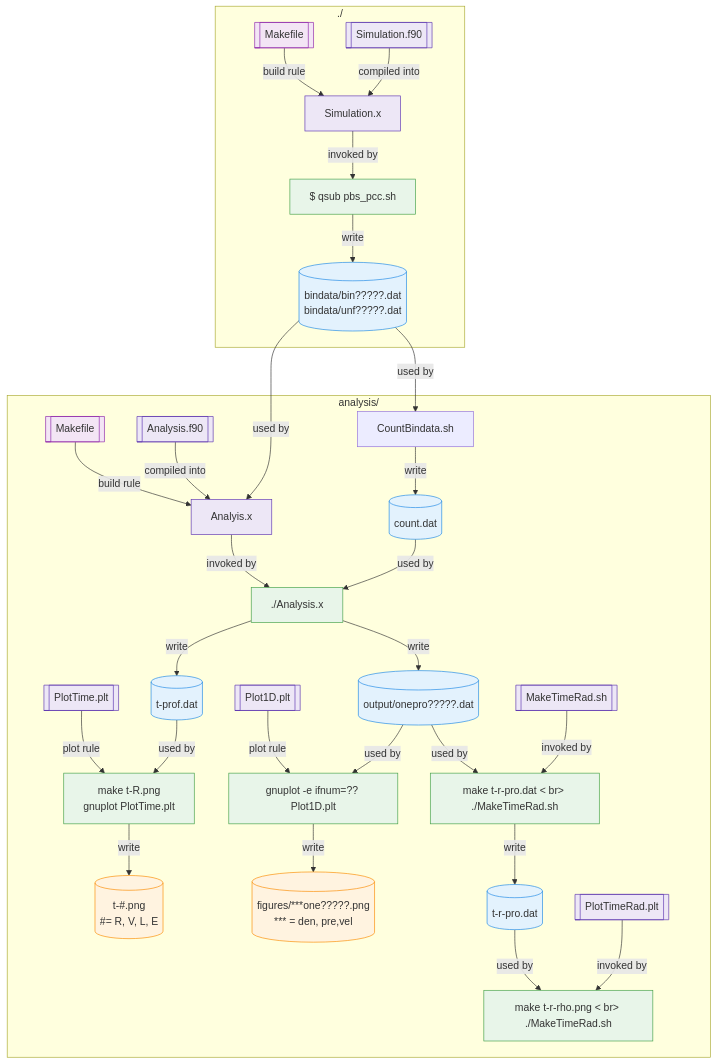
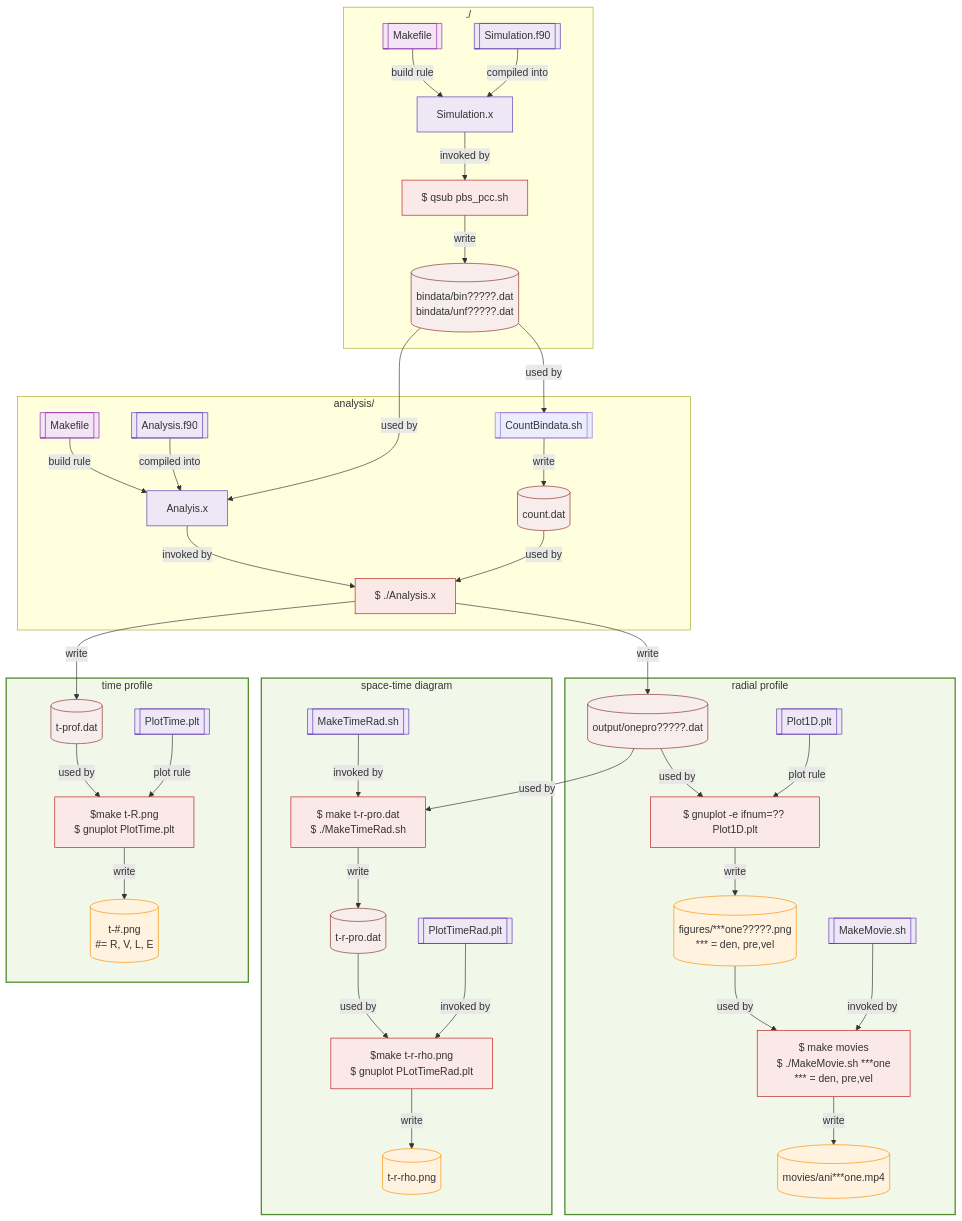
The diagram in HYD1D/README.md (takiwaki/Blastwave), drawn with Mermaid before and after one commit.

````diff
--- a/HYD1D/README.md
+++ b/HYD1D/README.md
@@ -183,9 +183,9 @@
 ```mermaid
 flowchart TD
-  classDef data fill:#e3f2fd,stroke:#1e88e5
+　classDef data fill:#f7eded,stroke:#8e2a2a
   classDef code fill:#ede7f6,stroke:#5e35b1
   classDef build fill:#f3e5f5,stroke:#8e24aa
-  classDef cmd  fill:#e8f5e9,stroke:#43a047
+  classDef cmd fill:#fbe9e7,stroke:#b71c1c
   classDef result fill:#fff3e0,stroke:#fb8c00
   classDef note fill:#fff,stroke:#9e9e9e,stroke-dasharray: 5 5,color:#616161
 
@@ -207,43 +207,62 @@
     B0 -- build rule --> B2
     B1 -- compiled into --> B2
     B2[Analyis.x]:::code
-    B1-1[CountBindata.sh]
+    B1-1[[CountBindata.sh]]
     A4 -- used by --> B1-1
     B1-1 -- write --> B1-2
     B1-2[(count.dat)]:::data
     A4 -- used by --> B2
-    B3["./Analysis.x"]:::cmd
+    B3["$ ./Analysis.x"]:::cmd
     B2 -- invoked by --> B3
     B1-2 -- used by --> B3
+  end
 
-    B5[(t-prof.dat)]:::data
-    B3 -- write --> B5
-    B9[[PlotTime.plt]]:::code
-    B10["make t-R.png <br> gnuplot PlotTime.plt"]:::cmd
-    B9 -- plot rule --> B10
-    B5 -- used by --> B10
-    B10 -- write --> B11
-    B11[(t-#.png <br>  #= R, V, L, E)]:::result
-
+  subgraph Rad["radial profile"]
     B4[(output/onepro?????.dat)]:::data
     B3 -- write --> B4
     B6[[Plot1D.plt]]:::code
     B6 -- plot rule --> B7
-    B7["gnuplot -e ifnum=?? Plot1D.plt"]:::cmd
+    B7["$ gnuplot -e ifnum=?? Plot1D.plt"]:::cmd
     B4 -- used by --> B7
     B8[(figures/***one?????.png <br> *** = den, pre,vel)]:::result
     B7 -- write --> B8
 
+    B18[[MakeMovie.sh]]:::code
+    B19["$ make movies <br>$ ./MakeMovie.sh ***one <br> *** = den, pre,vel"]:::cmd
+    B8 -- used by --> B19
+    B18 -- invoked by --> B19
+    B19 -- write --> B20
+    B20[(movies/ani***one.mp4)]:::result
+   end
+    style Rad fill:#f1f8e9,stroke:#558b2f,stroke-width:2px
+
+  subgraph TimeRad["space-time diagram"]
     B12[[MakeTimeRad.sh]]:::code
-    B13["make t-r-pro.dat < br> ./MakeTimeRad.sh"]:::cmd
+    B13["$ make t-r-pro.dat <br>$ ./MakeTimeRad.sh"]:::cmd
     B4 -- used by --> B13
     B12 -- invoked by --> B13
     B14[(t-r-pro.dat)]:::data
     B13 -- write --> B14
     B15[[PlotTimeRad.plt]]:::code
-    B16["make t-r-rho.png < br> ./MakeTimeRad.sh"]:::cmd
+    B16["$make t-r-rho.png <br>$ gnuplot PLotTimeRad.plt"]:::cmd
     B14 -- used by --> B16
     B15 -- invoked by --> B16
-    
-  end
+    B17[(t-r-rho.png)]:::result
+    B16 -- write --> B17
+   end
+    style TimeRad fill:#f1f8e9,stroke:#558b2f,stroke-width:2px
+
+  subgraph Time["time profile"]
+    B5[(t-prof.dat)]:::data
+    B3 -- write --> B5
+    B9[[PlotTime.plt]]:::code
+    B10["$make t-R.png <br>$ gnuplot PlotTime.plt"]:::cmd
+    B9 -- plot rule --> B10
+    B5 -- used by --> B10
+    B10 -- write --> B11
+    B11[(t-#.png <br>  #= R, V, L, E)]:::result
+   end
+    style Time fill:#f1f8e9,stroke:#558b2f,stroke-width:2px
+
+
 ```
````
